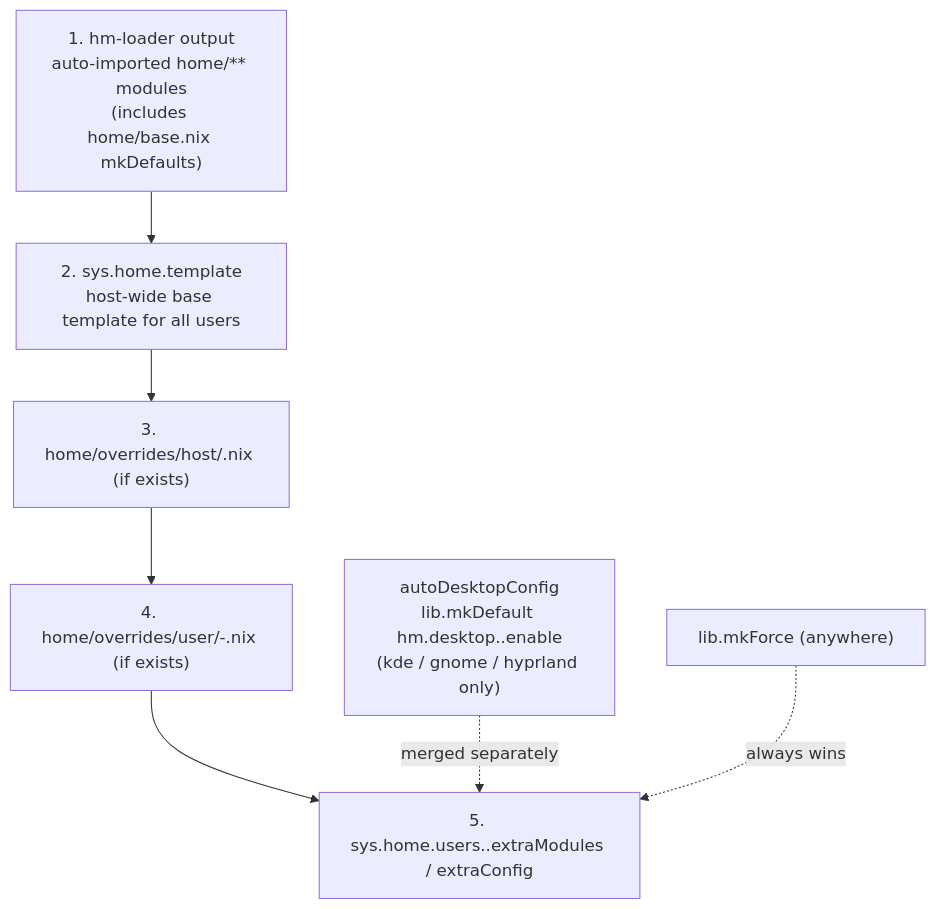
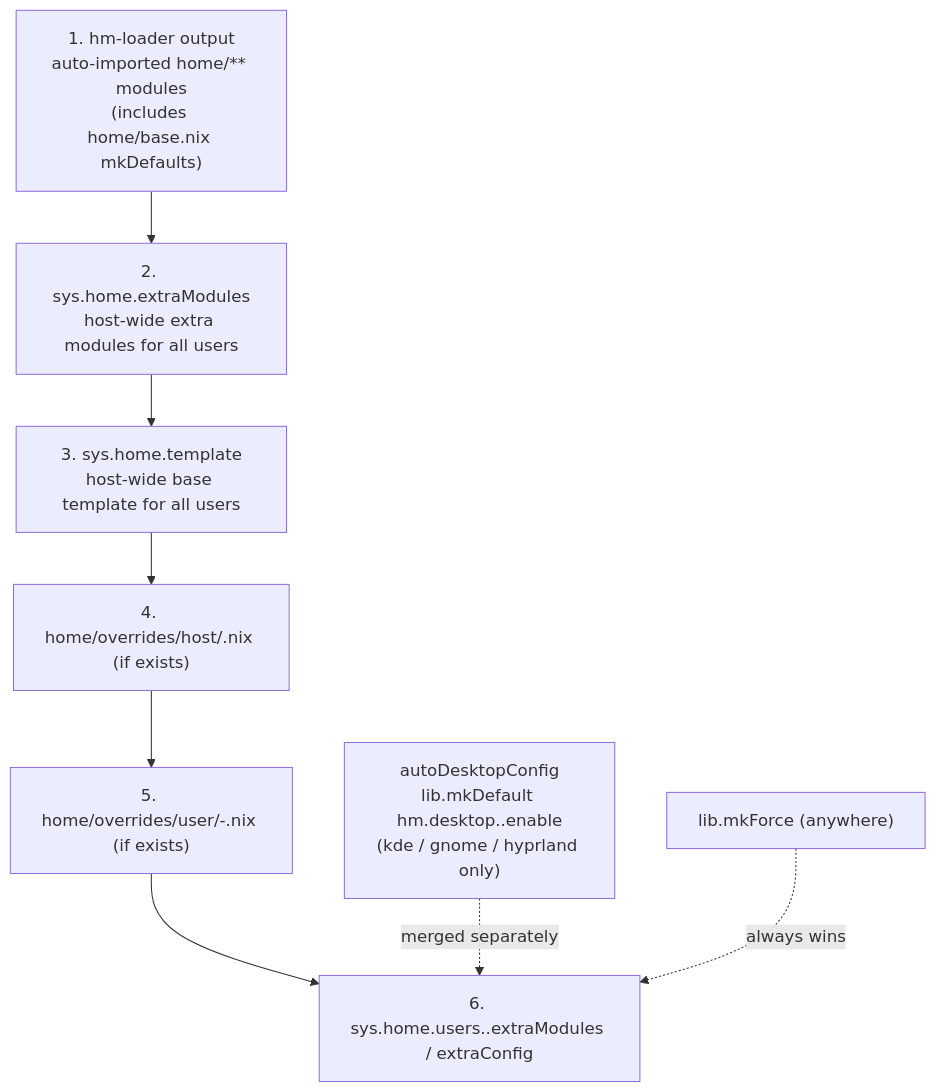
The diagram in home/README.md (telometto/nix-config), drawn with Mermaid before and after one commit. The commit also changed other lines of this file, not shown here.

Commit message:
📝 docs: update flowchart in README.md to clarify module loading order and add host-wide extra modules

````diff
--- a/home/README.md
+++ b/home/README.md
@@ -106,10 +106,11 @@
 ```mermaid
 flowchart TD
     A["1. hm-loader output\nauto-imported home/** modules\n(includes home/base.nix mkDefaults)"] --> B
-    B["2. sys.home.template\nhost-wide base template for all users"] --> C
-    C["3. home/overrides/host/<hostname>.nix (if exists)"] --> D
-    D["4. home/overrides/user/<user>-<host>.nix (if exists)"] --> E
-    E["5. sys.home.users.<name>.extraModules / extraConfig"]
-    AD["autoDesktopConfig\nlib.mkDefault hm.desktop.<flavor>.enable\n(kde / gnome / hyprland only)"] -.->|"merged separately"| E
-    H["lib.mkForce (anywhere)"] -.->|"always wins"| E
+    B["2. sys.home.extraModules\nhost-wide extra modules for all users"] --> C
+    C["3. sys.home.template\nhost-wide base template for all users"] --> D
+    D["4. home/overrides/host/<hostname>.nix (if exists)"] --> E
+    E["5. home/overrides/user/<user>-<host>.nix (if exists)"] --> F
+    F["6. sys.home.users.<name>.extraModules / extraConfig"]
+    AD["autoDesktopConfig\nlib.mkDefault hm.desktop.<flavor>.enable\n(kde / gnome / hyprland only)"] -.->|"merged separately"| F
+    H["lib.mkForce (anywhere)"] -.->|"always wins"| F
 ```
````
